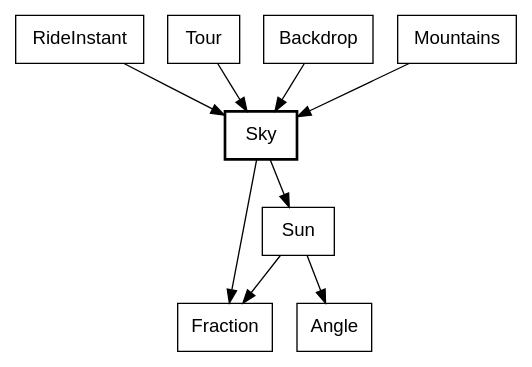
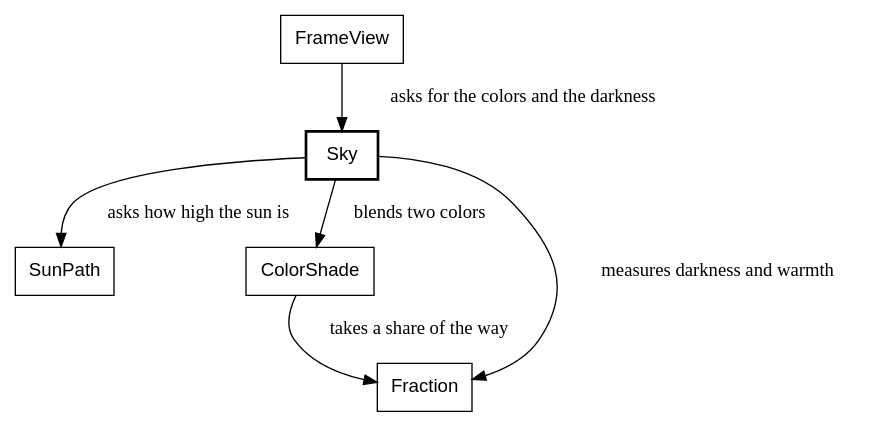
Before and after one commit to showell/roc-apps: the tenth of 30 diagrams in canvas_apps/safari/tutorial/tutorial.md, drawn with Graphviz. The commit also changed other lines of this file, not shown here.

````diff
--- a/canvas_apps/safari/tutorial/tutorial.md
+++ b/canvas_apps/safari/tutorial/tutorial.md
@@ -815,14 +815,11 @@
 ```dot
 digraph sky {
   node [shape=box, fontname="Helvetica"];
   Sky [style=bold];
-  RideInstant -> Sky;
-  Tour -> Sky;
-  Backdrop -> Sky;
-  Mountains -> Sky;
-  Sky -> Sun;
-  Sky -> Fraction;
-  Sun -> Fraction;
-  Sun -> Angle;
+  FrameView -> Sky [label="  asks for the colors and the darkness"];
+  Sky -> SunPath [label="  asks how high the sun is"];
+  Sky -> ColorShade [label="  blends two colors"];
+  Sky -> Fraction [label="  measures darkness and warmth"];
+  ColorShade -> Fraction [label="  takes a share of the way"];
 }
 ```
````
